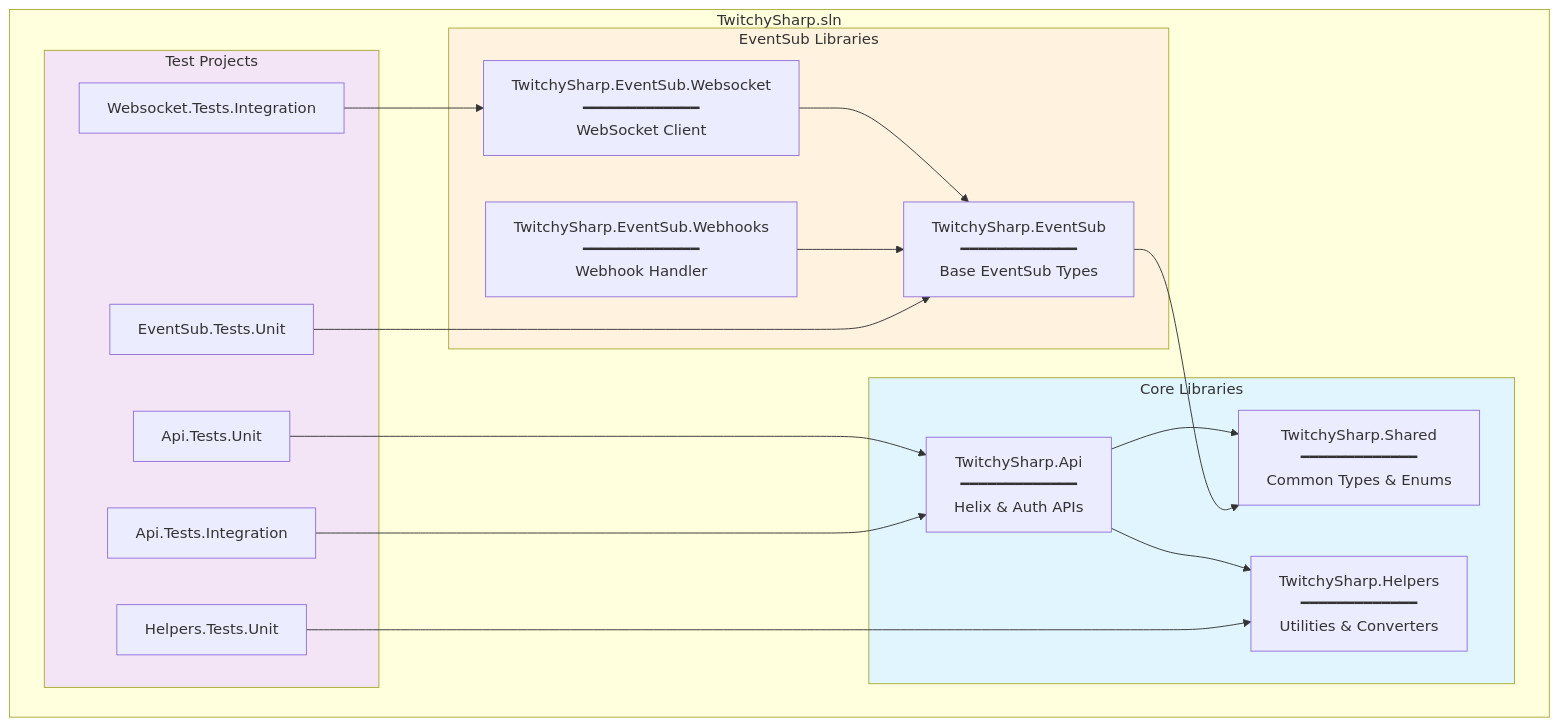
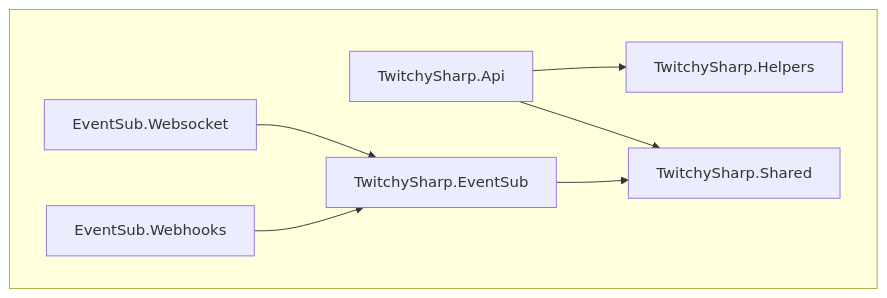
The second of 6 diagrams in Docs/Architecture.md (Yoyoyopo5/TwitchySharp), drawn with Mermaid before and after one commit. The commit also changed other lines of this file, not shown here.

First line of the commit message:
Improve architecture docs for developer onboarding

````diff
--- a/Docs/Architecture.md
+++ b/Docs/Architecture.md
@@ -25,40 +84,17 @@
 ```mermaid
-graph TB
-    subgraph Solution["TwitchySharp.sln"]
-        subgraph Core["Core Libraries"]
-            API["TwitchySharp.Api<br/>━━━━━━━━━━━━━<br/>Helix & Auth APIs"]
-            Shared["TwitchySharp.Shared<br/>━━━━━━━━━━━━━<br/>Common Types & Enums"]
-            Helpers["TwitchySharp.Helpers<br/>━━━━━━━━━━━━━<br/>Utilities & Converters"]
-        end
-
-        subgraph EventSub["EventSub Libraries"]
-            ES["TwitchySharp.EventSub<br/>━━━━━━━━━━━━━<br/>Base EventSub Types"]
-            WS["TwitchySharp.EventSub.Websocket<br/>━━━━━━━━━━━━━<br/>WebSocket Client"]
-            WH["TwitchySharp.EventSub.Webhooks<br/>━━━━━━━━━━━━━<br/>Webhook Handler"]
-        end
-
-        subgraph Tests["Test Projects"]
-            T1["Api.Tests.Unit"]
-            T2["Api.Tests.Integration"]
-            T3["EventSub.Tests.Unit"]
-            T4["Websocket.Tests.Integration"]
-            T5["Helpers.Tests.Unit"]
-        end
+graph TD
+    subgraph " "
+        Api[TwitchySharp.Api]
+        Helpers[TwitchySharp.Helpers]
+        Shared[TwitchySharp.Shared]
+        ES[TwitchySharp.EventSub]
+        WS[EventSub.Websocket]
+        WH[EventSub.Webhooks]
     end
 
-    API --> Shared
-    API --> Helpers
+    Api --> Helpers
+    Api --> Shared
     ES --> Shared
     WS --> ES
     WH --> ES
-
-    T1 --> API
-    T2 --> API
-    T3 --> ES
-    T4 --> WS
-    T5 --> Helpers
-
-    style Core fill:#e1f5fe
-    style EventSub fill:#fff3e0
-    style Tests fill:#f3e5f5
 ```
````
